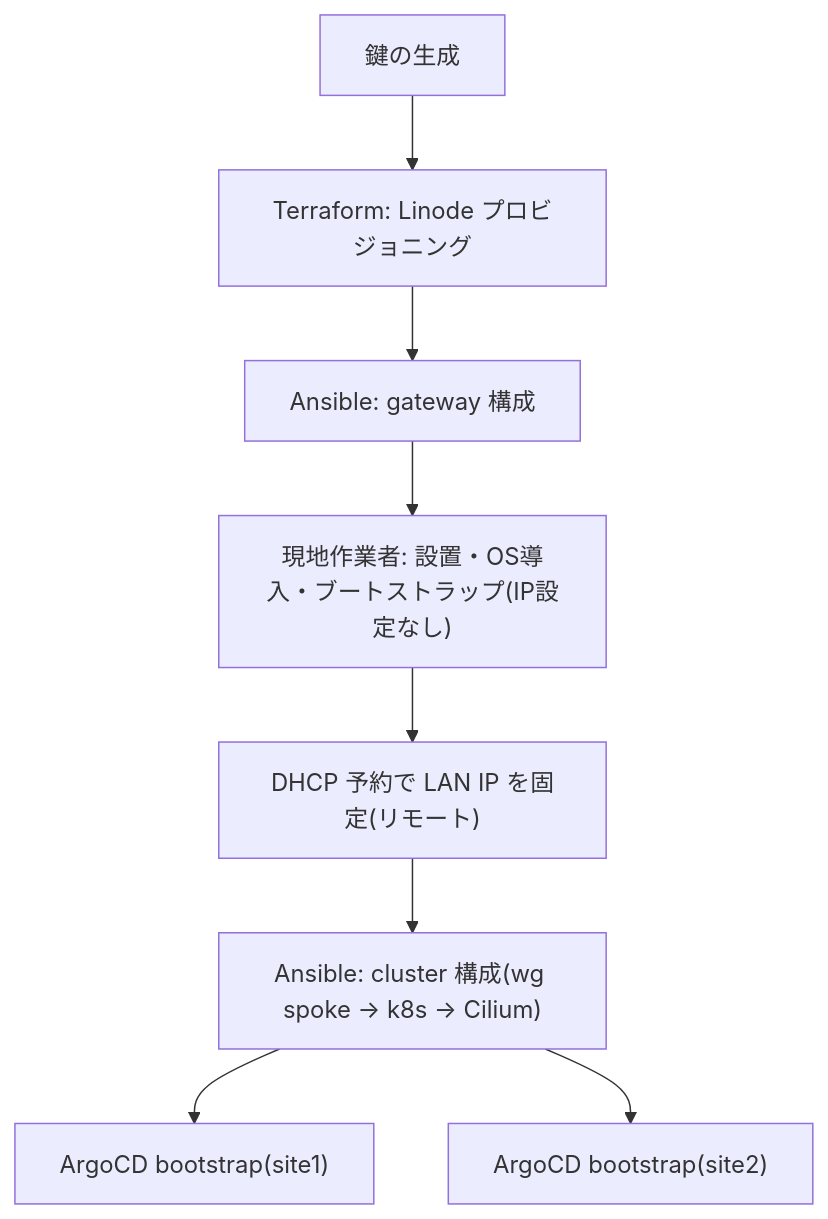
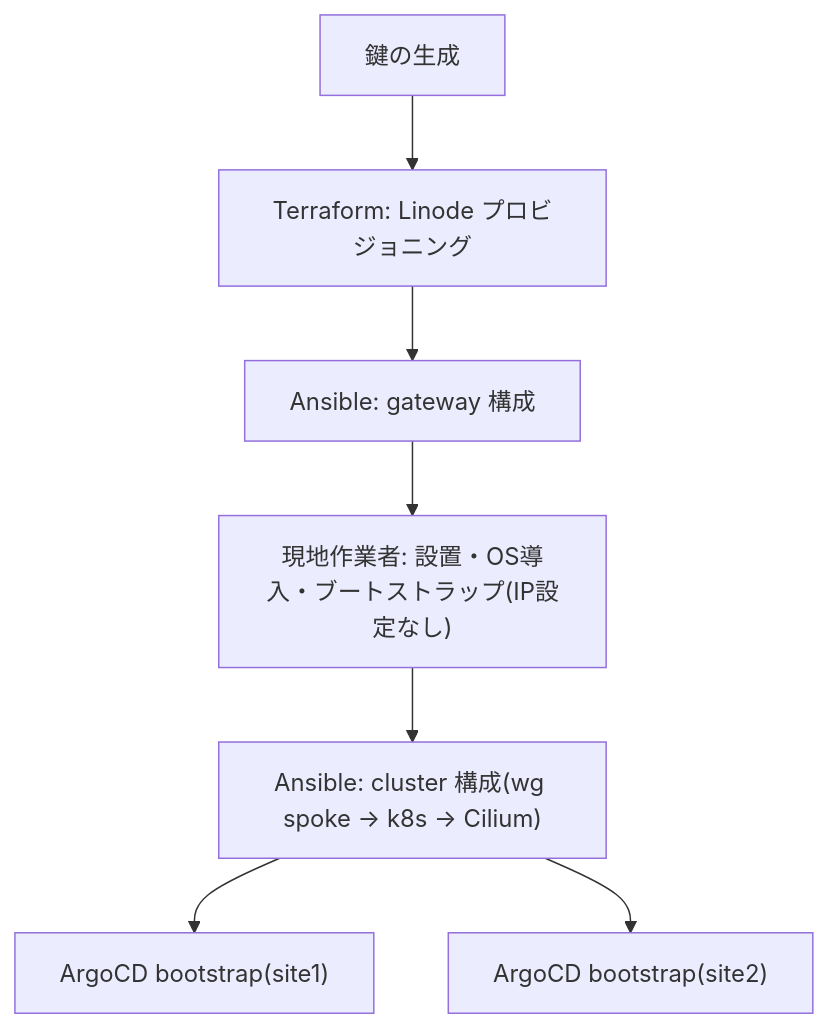
One commit to morinoparty/moripa-infra changed the first of 2 diagrams in docs/content/docs/admin/index.mdx. Above: the diagram before and after it, drawn with Mermaid. The commit also changed other lines of this file and 75 other files, not shown here.

````diff
--- a/docs/content/docs/admin/index.mdx
+++ b/docs/content/docs/admin/index.mdx
@@ -12,10 +12,9 @@
 ```mermaid
 flowchart TD
     A["鍵の生成"] --> B["Terraform: Linode プロビジョニング"]
     B --> C["Ansible: gateway 構成"]
     C --> D["現地作業者: 設置・OS導入・ブートストラップ(IP設定なし)"]
-    D --> D2["DHCP 予約で LAN IP を固定(リモート)"]
-    D2 --> E["Ansible: cluster 構成(wg spoke → k8s → Cilium)"]
+    D --> E["Ansible: cluster 構成(wg spoke → k8s → Cilium)"]
     E --> F["ArgoCD bootstrap(site1)"]
     E --> G["ArgoCD bootstrap(site2)"]
 ```
````
